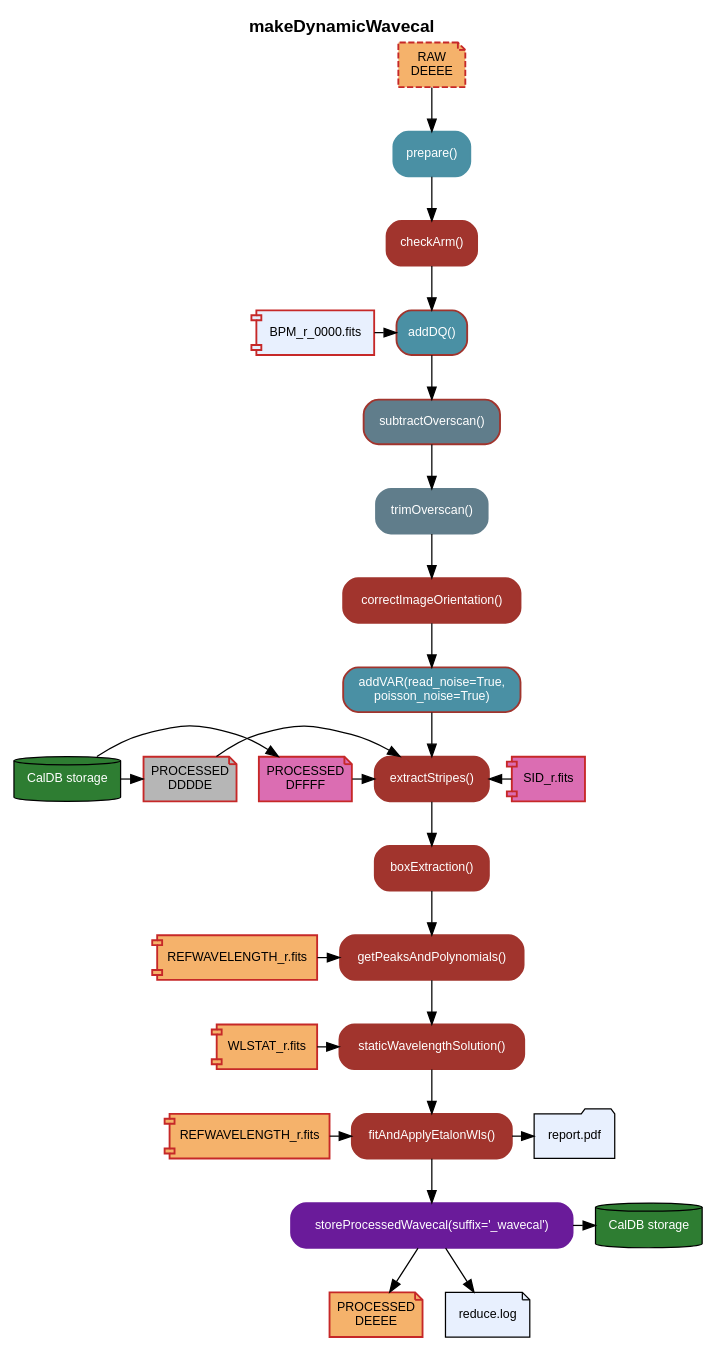
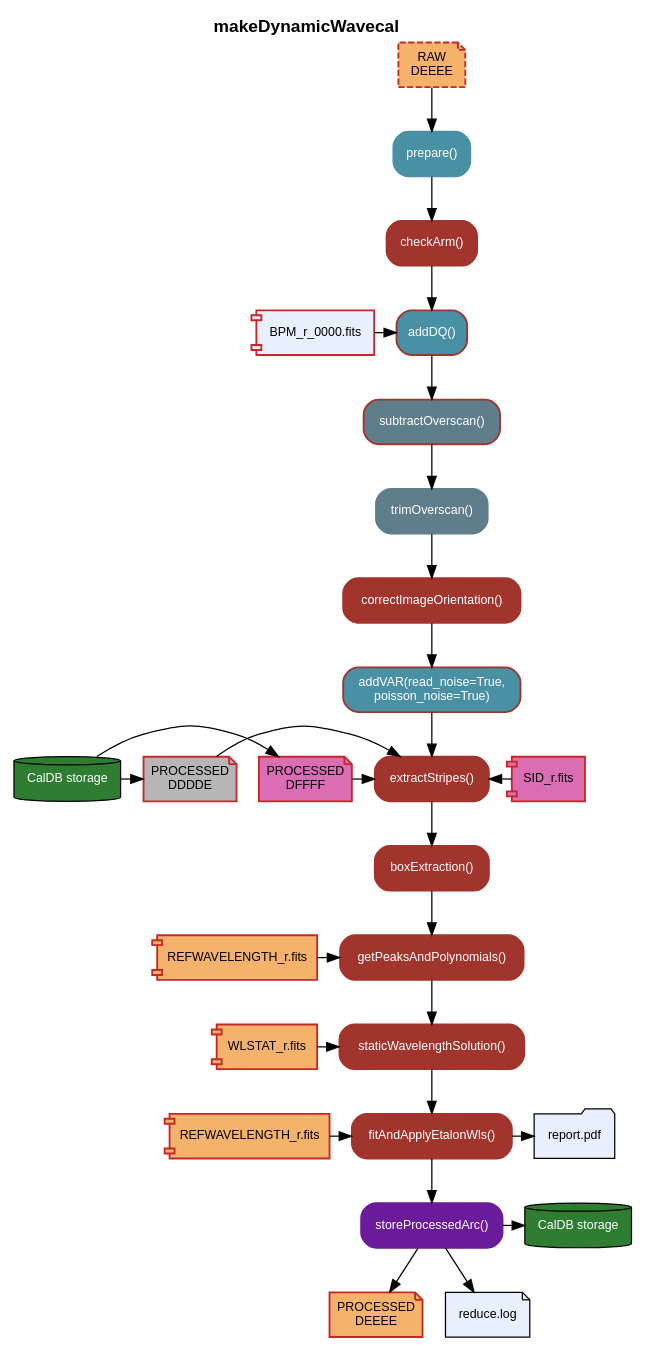
The diagram in doc/progmanuals/MAROONXDR_ProgManual/flows/makeDynamicWavecal.dot (GeminiDRSoftware/MAROONXDR), drawn with Graphviz before and after one commit. The commit also changed 32 other files, not shown here.

Commit message:
docs: update to show the WAVECAL to ARC tag migration

```diff
--- a/doc/progmanuals/MAROONXDR_ProgManual/flows/makeDynamicWavecal.dot
+++ b/doc/progmanuals/MAROONXDR_ProgManual/flows/makeDynamicWavecal.dot
@@ -1,106 +1,106 @@
 // Flow diagram for the `makeDynamicWavecal` recipe
 // (maroonxdr/maroonx/recipes/sq/recipes_DYNAMIC_WAVECAL.py).
 //
 // Conventions follow flows/nodes.dot (the node catalog).
 
 digraph makeDynamicWavecal {
     rankdir=TB;
     fontname="Helvetica";
     labelloc="t";
     label=<<b>makeDynamicWavecal</b>>;
 
     node [fontname="Helvetica", fontsize=10];
     edge [fontname="Helvetica", fontsize=9];
 
     // =====================================================================
     // Nodes
     // =====================================================================
 
     // ---- FITS data products (note shape, RED-arm border) ----------------
     node [shape=note, style=filled, fontcolor=black,
           color="#C62828", penwidth=1.5];
     input    [label="RAW\nDEEEE",       fillcolor="#F5B26B", style="filled,dashed"];
     cal_flat [label="PROCESSED\nDFFFF", fillcolor="#DB6DB2"];
     cal_dark [label="PROCESSED\nDDDDE", fillcolor="#B6B6B6"];
     output   [label="PROCESSED\nDEEEE", fillcolor="#F5B26B"];
     log      [label="reduce.log", fillcolor="#e8f0fe", color=black, penwidth=1];
 
     // ---- CalDB cylinders --------------------------------------------------
     node [shape=cylinder, fillcolor="#2E7D32", fontcolor=white,
           color=black, penwidth=1];
     caldb_read  [label="CalDB storage"];
     caldb_write [label="CalDB storage"];
 
     // ---- Lookup FITS (shipped with the package) -------------------------
     node [shape=component, style=filled, fontcolor=black,
           color="#C62828", penwidth=1.5];
     bpm         [label="BPM_r_0000.fits",      fillcolor="#e8f0fe"];
     sid         [label="SID_r.fits",           fillcolor="#DB6DB2"];
     refwl_peaks [label="REFWAVELENGTH_r.fits", fillcolor="#F5B26B"];
     wlstat      [label="WLSTAT_r.fits",        fillcolor="#F5B26B"];
     refwl_fit   [label="REFWAVELENGTH_r.fits", fillcolor="#F5B26B"];
 
     // ---- Diagnostic report (fitAndApplyEtalonWls, report=True) ----------
     node [shape=folder, fillcolor="#e8f0fe", color=black, penwidth=1];
     fit_pdf [label="report.pdf"];
 
     // ---- Primitives (fill = defining class, maroon border = MX-owned) ---
     node [shape=box, style="rounded,filled", fontcolor=white, penwidth=1.5];
     prepare                  [label="prepare()",                  fillcolor="#4A90A4", color="#4A90A4"];
     checkArm                 [label="checkArm()",                 fillcolor="#A1342D", color="#A1342D"];
     addDQ                    [label="addDQ()",                    fillcolor="#4A90A4", color="#A1342D"];
     subtractOverscan         [label="subtractOverscan()",         fillcolor="#607d8b", color="#A1342D"];
     trimOverscan             [label="trimOverscan()",             fillcolor="#607d8b", color="#607d8b"];
     correctImageOrientation  [label="correctImageOrientation()",  fillcolor="#A1342D", color="#A1342D"];
     addVAR                   [label="addVAR(read_noise=True,\npoisson_noise=True)",
                               fillcolor="#4A90A4", color="#A1342D"];
     extractStripes           [label="extractStripes()",           fillcolor="#A1342D", color="#A1342D"];
     boxExtraction            [label="boxExtraction()",            fillcolor="#A1342D", color="#A1342D"];
     getPeaksAndPolynomials   [label="getPeaksAndPolynomials()",   fillcolor="#A1342D", color="#A1342D"];
     staticWavelengthSolution [label="staticWavelengthSolution()", fillcolor="#A1342D", color="#A1342D"];
     fitAndApplyEtalonWls     [label="fitAndApplyEtalonWls()",     fillcolor="#A1342D", color="#A1342D"];
-    storeProcessedWavecal    [label="storeProcessedWavecal(suffix='_wavecal')",
+    storeProcessedArc        [label="storeProcessedArc()",
                               fillcolor="#6a1b9a", color="#6a1b9a"];
 
     // =====================================================================
     // Edges
     // =====================================================================
 
     // ---- Main flow (spine) -----------------------------------------------
     input -> prepare -> checkArm -> addDQ -> subtractOverscan
           -> trimOverscan -> correctImageOrientation -> addVAR
           -> extractStripes -> boxExtraction -> getPeaksAndPolynomials
           -> staticWavelengthSolution -> fitAndApplyEtalonWls
-          -> storeProcessedWavecal;
+          -> storeProcessedArc;
 
     // ---- CalDB read: cylinder emits flat + dark, both feed extractStripes
     caldb_read -> cal_flat;
     caldb_read -> cal_dark;
     cal_flat   -> extractStripes;
     cal_dark   -> extractStripes;
 
     // ---- Lookup attachments ----------------------------------------------
     bpm         -> addDQ;
     extractStripes -> sid [dir=back];   // SID on the right of extractStripes
     refwl_peaks -> getPeaksAndPolynomials;
     wlstat      -> staticWavelengthSolution;
     refwl_fit   -> fitAndApplyEtalonWls;
 
     // ---- Diagnostic report -------------------------------------------------
     fitAndApplyEtalonWls -> fit_pdf;
 
     // ---- Outputs -----------------------------------------------------------
-    storeProcessedWavecal -> output;
-    storeProcessedWavecal -> log;
-    storeProcessedWavecal -> caldb_write;
+    storeProcessedArc -> output;
+    storeProcessedArc -> log;
+    storeProcessedArc -> caldb_write;
 
     // =====================================================================
     // LAYOUT ONLY — rank pinning, no semantics
     // =====================================================================
     { rank=same; bpm; addDQ; }
     { rank=same; caldb_read; cal_flat; cal_dark; extractStripes; sid; }
     { rank=same; refwl_peaks; getPeaksAndPolynomials; }
     { rank=same; wlstat; staticWavelengthSolution; }
     { rank=same; refwl_fit; fitAndApplyEtalonWls; fit_pdf; }
-    { rank=same; storeProcessedWavecal; caldb_write; }
+    { rank=same; storeProcessedArc; caldb_write; }
 }
```
